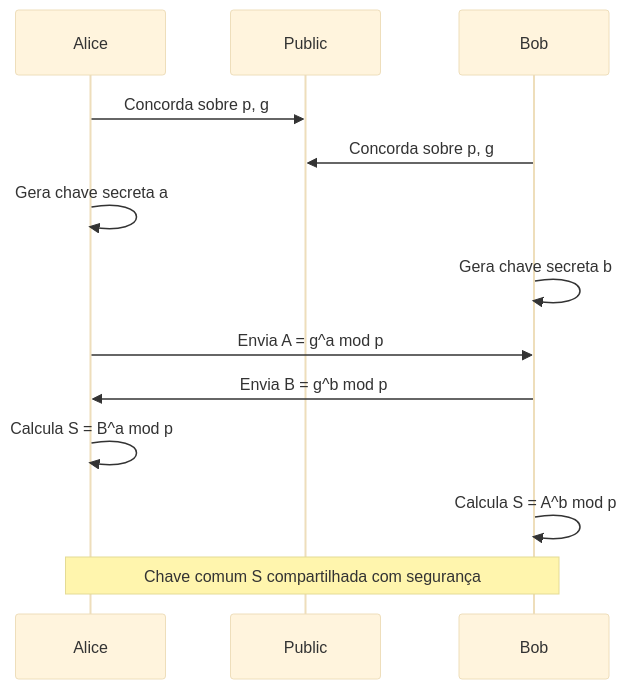
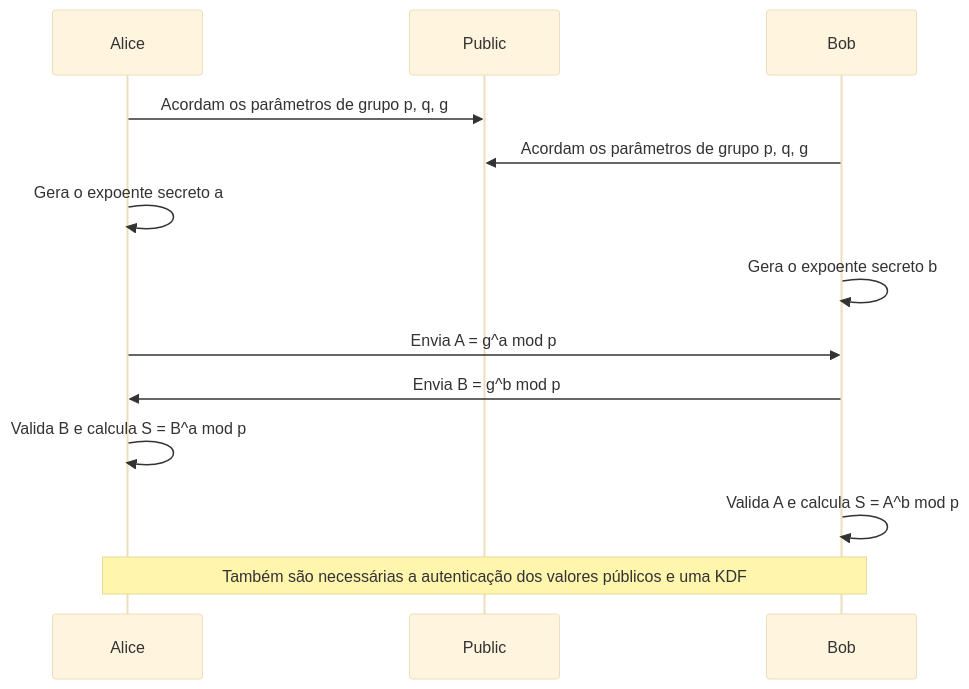
One commit to kenjinote/blog changed the first of 2 diagrams in content/post/public-key-cryptography-rsa-ecc/index.pt.md. Above: the diagram before and after it, drawn with Mermaid (base theme). The commit also changed other lines of this file and 5 other files, not shown here.

````diff
--- a/content/post/public-key-cryptography-rsa-ecc/index.pt.md
+++ b/content/post/public-key-cryptography-rsa-ecc/index.pt.md
@@ -38,15 +50,15 @@
 ```mermaid
 sequenceDiagram
     participant Alice
     participant Public
     participant Bob
-    Alice->>Public: Concorda sobre p, g
-    Bob->>Public: Concorda sobre p, g
-    Alice->>Alice: Gera chave secreta a
-    Bob->>Bob: Gera chave secreta b
+    Alice->>Public: Acordam os parâmetros de grupo p, q, g
+    Bob->>Public: Acordam os parâmetros de grupo p, q, g
+    Alice->>Alice: Gera o expoente secreto a
+    Bob->>Bob: Gera o expoente secreto b
     Alice->>Bob: Envia A = g^a mod p
     Bob->>Alice: Envia B = g^b mod p
-    Alice->>Alice: Calcula S = B^a mod p
-    Bob->>Bob: Calcula S = A^b mod p
-    Note over Alice,Bob: Chave comum S compartilhada com segurança
+    Alice->>Alice: Valida B e calcula S = B^a mod p
+    Bob->>Bob: Valida A e calcula S = A^b mod p
+    Note over Alice,Bob: Também são necessárias a autenticação dos valores públicos e uma KDF
 ```
````
